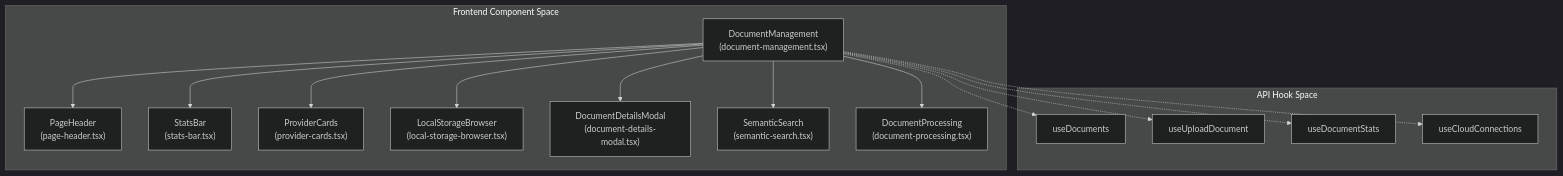
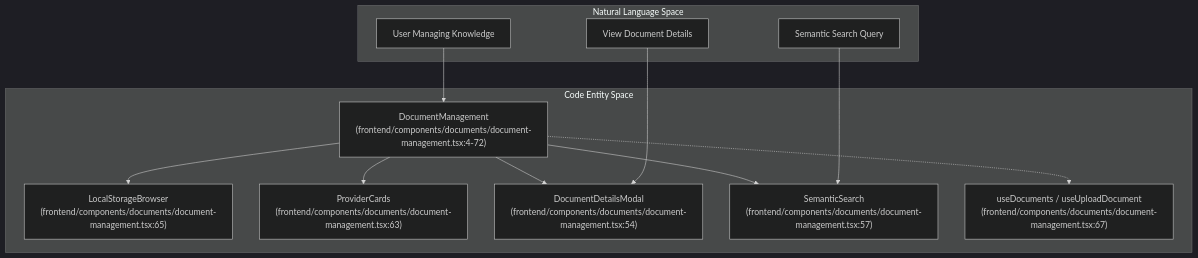
Before and after one commit to AutomatosAI/automatos-ai: the first of 5 diagrams in docs/knowledge-base-rag/document-management.md, drawn with Mermaid (dark theme). The commit also changed other lines of this file and 191 other files, not shown here.

````diff
--- a/docs/knowledge-base-rag/document-management.md
+++ b/docs/knowledge-base-rag/document-management.md
@@ -78,33 +44,26 @@
 ```mermaid
 graph TD
-    subgraph "Frontend Component Space"
-        DM["DocumentManagement<br/>(document-management.tsx)"]
-        PH["PageHeader<br/>(page-header.tsx)"]
-        SB["StatsBar<br/>(stats-bar.tsx)"]
-        PC["ProviderCards<br/>(provider-cards.tsx)"]
-        LSB["LocalStorageBrowser<br/>(local-storage-browser.tsx)"]
-        DDM["DocumentDetailsModal<br/>(document-details-modal.tsx)"]
-        SS["SemanticSearch<br/>(semantic-search.tsx)"]
-        DP["DocumentProcessing<br/>(document-processing.tsx)"]
+    subgraph "Natural Language Space"
+        UI_USER["User Managing Knowledge"]
+        UI_SEARCH["Semantic Search Query"]
+        UI_VIEW["View Document Details"]
     end
 
-    subgraph "API Hook Space"
-        UD["useDocuments"]
-        USD["useUploadDocument"]
-        UST["useDocumentStats"]
-        UCC["useCloudConnections"]
+    subgraph "Code Entity Space"
+        DM["DocumentManagement<br/>(frontend/components/documents/document-management.tsx:4-72)"]
+        LSB["LocalStorageBrowser<br/>(frontend/components/documents/document-management.tsx:65)"]
+        PC["ProviderCards<br/>(frontend/components/documents/document-management.tsx:63)"]
+        DDM["DocumentDetailsModal<br/>(frontend/components/documents/document-management.tsx:54)"]
+        SS["SemanticSearch<br/>(frontend/components/documents/document-management.tsx:57)"]
+        API_HOOKS["useDocuments / useUploadDocument<br/>(frontend/components/documents/document-management.tsx:67)"]
     end
-    
-    DM --> PH
-    DM --> SB
+
+    UI_USER --> DM
+    UI_SEARCH --> SS
+    UI_VIEW --> DDM
+    DM --> LSB
     DM --> PC
-    DM --> LSB
     DM --> DDM
     DM --> SS
-    DM --> DP
-    
-    DM -.-> UD
-    DM -.-> USD
-    DM -.-> UST
-    DM -.-> UCC
+    DM -.-> API_HOOKS
 ```
````
